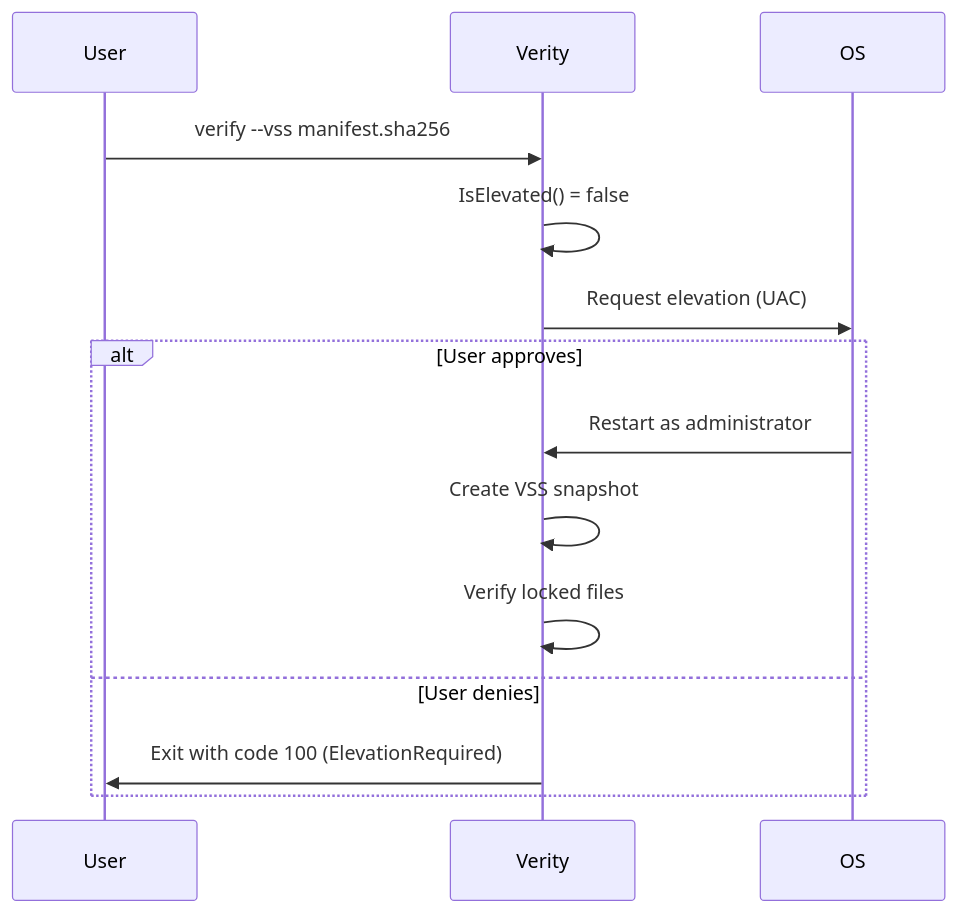
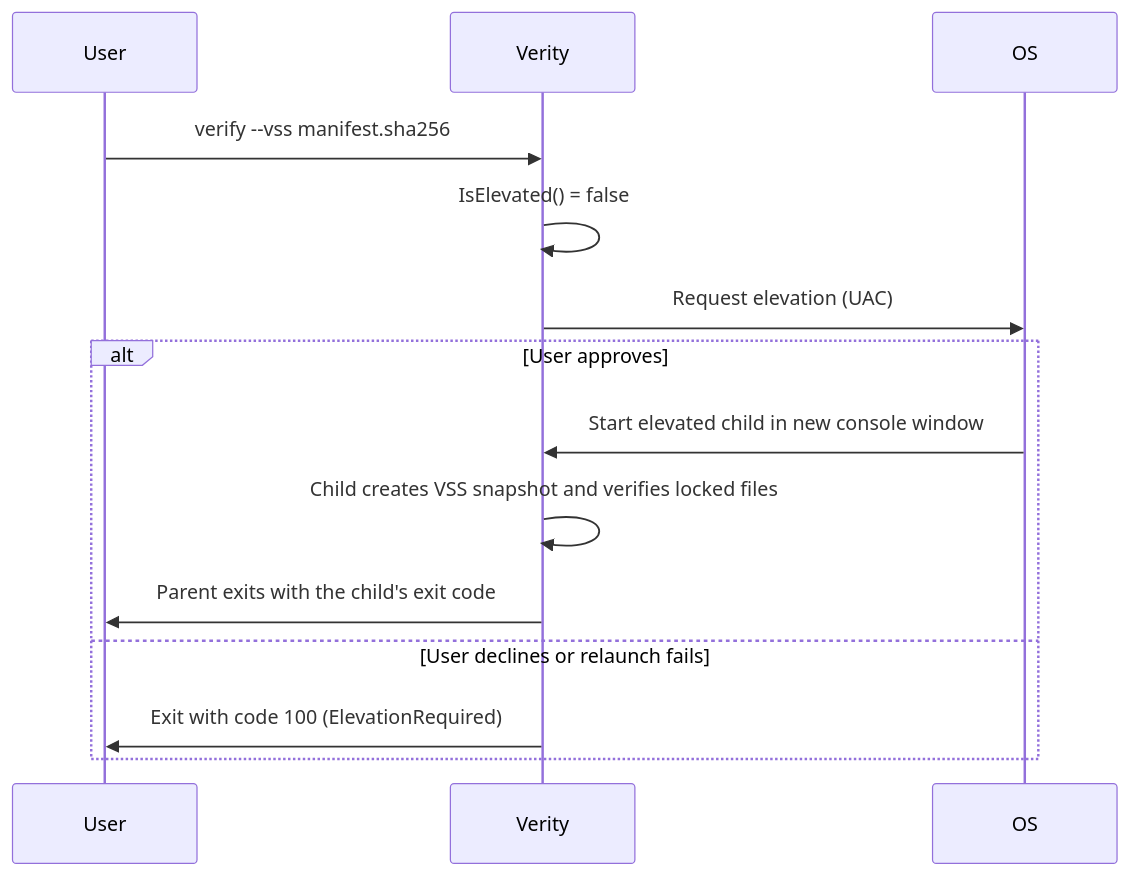
The second of 2 diagrams in docs/Wiki/12. Integration And Automation/12.3. Headless And Containerized Deployment.md (lstefano71/Verity), drawn with Mermaid before and after one commit. The commit also changed other lines of this file and 18 other files, not shown here.

Commit message:
docs: update wiki and PRD for single-file packaging, .NET 10 and new elevation flow

````diff
--- a/docs/Wiki/12. Integration And Automation/12.3. Headless And Containerized Deployment.md
+++ b/docs/Wiki/12. Integration And Automation/12.3. Headless And Containerized Deployment.md
@@ -255,16 +255,16 @@
 ```mermaid
 sequenceDiagram
 participant User
 participant Verity
 participant OS
 User->>Verity : verify --vss manifest.sha256
 Verity->>Verity : IsElevated() = false
 Verity->>OS : Request elevation (UAC)
 alt User approves
-OS->>Verity : Restart as administrator
-Verity->>Verity : Create VSS snapshot
-Verity->>Verity : Verify locked files
-else User denies
+OS->>Verity : Start elevated child in new console window
+Verity->>Verity : Child creates VSS snapshot and verifies locked files
+Verity->>User : Parent exits with the child's exit code
+else User declines or relaunch fails
 Verity->>User : Exit with code 100 (ElevationRequired)
 end
 ```
````
